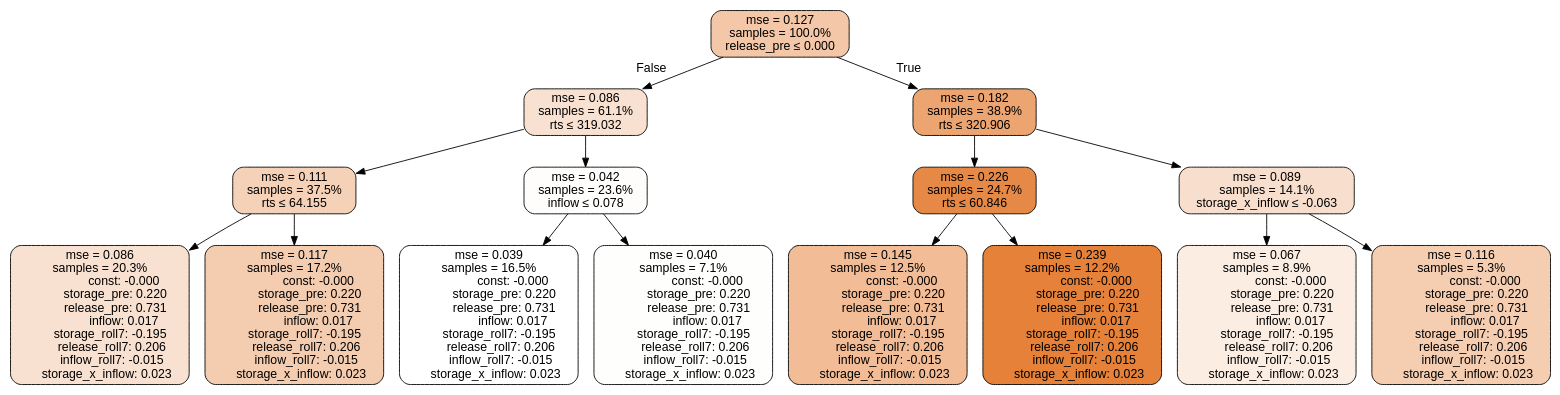
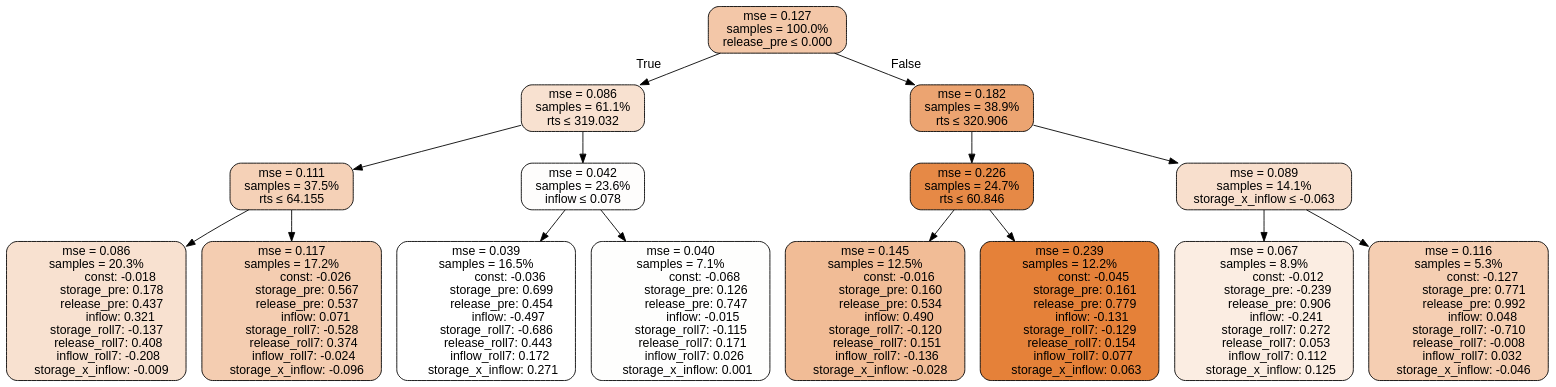
Before and after one commit to lcford2/predict-release: the diagram in results/tclr_spatial_eval/all/TD3_RT_MS_0.75_807/tree.dot, drawn with Graphviz. The commit also changed 1999 other files, not shown here.

```diff
--- a/results/tclr_spatial_eval/all/TD3_RT_MS_0.75_807/tree.dot
+++ b/results/tclr_spatial_eval/all/TD3_RT_MS_0.75_807/tree.dot
@@ -1,120 +1,121 @@
 digraph tree {
+bgcolor="transparent"
 node [shape=rectangle, style="filled, rounded", color="black", fontname=helvetica] ;
 edge [fontname=helvetica] ;
 	"0" [label="mse = 0.127
 samples = 100.0%
 release_pre &le; 0.000", fillcolor="#f3c7a8"]
 	"1" [label="mse = 0.086
 samples = 61.1%
 rts &le; 319.032", fillcolor="#f8e1d0"]
 	"2" [label="mse = 0.111
 samples = 37.5%
 rts &le; 64.155", fillcolor="#f5d1b7"]
 	"3" [label="mse = 0.086
 samples = 20.3%
-               const: -0.000
-          storage_pre: 0.220
-          release_pre: 0.731
-               inflow: 0.017
-       storage_roll7: -0.195
-        release_roll7: 0.206
-        inflow_roll7: -0.015
-     storage_x_inflow: 0.023", fillcolor="#f8e1d0"]
+               const: -0.018
+          storage_pre: 0.178
+          release_pre: 0.437
+               inflow: 0.321
+       storage_roll7: -0.137
+        release_roll7: 0.408
+        inflow_roll7: -0.208
+    storage_x_inflow: -0.009", fillcolor="#f8e1d0"]
 	"4" [label="mse = 0.117
 samples = 17.2%
-               const: -0.000
-          storage_pre: 0.220
-          release_pre: 0.731
-               inflow: 0.017
-       storage_roll7: -0.195
-        release_roll7: 0.206
-        inflow_roll7: -0.015
-     storage_x_inflow: 0.023", fillcolor="#f4cdb1"]
+               const: -0.026
+          storage_pre: 0.567
+          release_pre: 0.537
+               inflow: 0.071
+       storage_roll7: -0.528
+        release_roll7: 0.374
+        inflow_roll7: -0.024
+    storage_x_inflow: -0.096", fillcolor="#f4cdb1"]
 	"5" [label="mse = 0.042
 samples = 23.6%
 inflow &le; 0.078", fillcolor="#fefdfc"]
 	"6" [label="mse = 0.039
 samples = 16.5%
-               const: -0.000
-          storage_pre: 0.220
-          release_pre: 0.731
-               inflow: 0.017
-       storage_roll7: -0.195
-        release_roll7: 0.206
-        inflow_roll7: -0.015
-     storage_x_inflow: 0.023", fillcolor="#ffffff"]
+               const: -0.036
+          storage_pre: 0.699
+          release_pre: 0.454
+              inflow: -0.497
+       storage_roll7: -0.686
+        release_roll7: 0.443
+         inflow_roll7: 0.172
+     storage_x_inflow: 0.271", fillcolor="#ffffff"]
 	"7" [label="mse = 0.040
 samples = 7.1%
-               const: -0.000
-          storage_pre: 0.220
-          release_pre: 0.731
-               inflow: 0.017
-       storage_roll7: -0.195
-        release_roll7: 0.206
-        inflow_roll7: -0.015
-     storage_x_inflow: 0.023", fillcolor="#fefefd"]
+               const: -0.068
+          storage_pre: 0.126
+          release_pre: 0.747
+              inflow: -0.015
+       storage_roll7: -0.115
+        release_roll7: 0.171
+         inflow_roll7: 0.026
+     storage_x_inflow: 0.001", fillcolor="#fefefd"]
 	"8" [label="mse = 0.182
 samples = 38.9%
 rts &le; 320.906", fillcolor="#eca471"]
 	"9" [label="mse = 0.226
 samples = 24.7%
 rts &le; 60.846", fillcolor="#e68946"]
 	"10" [label="mse = 0.145
 samples = 12.5%
-               const: -0.000
-          storage_pre: 0.220
-          release_pre: 0.731
-               inflow: 0.017
-       storage_roll7: -0.195
-        release_roll7: 0.206
-        inflow_roll7: -0.015
-     storage_x_inflow: 0.023", fillcolor="#f1bc96"]
+               const: -0.016
+          storage_pre: 0.160
+          release_pre: 0.534
+               inflow: 0.490
+       storage_roll7: -0.120
+        release_roll7: 0.151
+        inflow_roll7: -0.136
+    storage_x_inflow: -0.028", fillcolor="#f1bc96"]
 	"11" [label="mse = 0.239
 samples = 12.2%
-               const: -0.000
-          storage_pre: 0.220
-          release_pre: 0.731
-               inflow: 0.017
-       storage_roll7: -0.195
-        release_roll7: 0.206
-        inflow_roll7: -0.015
-     storage_x_inflow: 0.023", fillcolor="#e58139"]
+               const: -0.045
+          storage_pre: 0.161
+          release_pre: 0.779
+              inflow: -0.131
+       storage_roll7: -0.129
+        release_roll7: 0.154
+         inflow_roll7: 0.077
+     storage_x_inflow: 0.063", fillcolor="#e58139"]
 	"12" [label="mse = 0.089
 samples = 14.1%
 storage_x_inflow &le; -0.063", fillcolor="#f8dfcd"]
 	"13" [label="mse = 0.067
 samples = 8.9%
-               const: -0.000
-          storage_pre: 0.220
-          release_pre: 0.731
-               inflow: 0.017
-       storage_roll7: -0.195
-        release_roll7: 0.206
-        inflow_roll7: -0.015
-     storage_x_inflow: 0.023", fillcolor="#fbede2"]
+               const: -0.012
+         storage_pre: -0.239
+          release_pre: 0.906
+              inflow: -0.241
+        storage_roll7: 0.272
+        release_roll7: 0.053
+         inflow_roll7: 0.112
+     storage_x_inflow: 0.125", fillcolor="#fbede2"]
 	"14" [label="mse = 0.116
 samples = 5.3%
-               const: -0.000
-          storage_pre: 0.220
-          release_pre: 0.731
-               inflow: 0.017
-       storage_roll7: -0.195
-        release_roll7: 0.206
-        inflow_roll7: -0.015
-     storage_x_inflow: 0.023", fillcolor="#f5ceb2"]
+               const: -0.127
+          storage_pre: 0.771
+          release_pre: 0.992
+               inflow: 0.048
+       storage_roll7: -0.710
+       release_roll7: -0.008
+         inflow_roll7: 0.032
+    storage_x_inflow: -0.046", fillcolor="#f5ceb2"]
 
-	"0" -> "1" [labeldistance=2.5, labelangle=45, headlabel="False"]
+	"0" -> "1" [labeldistance=2.5, labelangle=45, headlabel="True"]
 	"1" -> "2"
 	"2" -> "3"
 	"2" -> "4"
 	"1" -> "5"
 	"5" -> "6"
 	"5" -> "7"
-	"0" -> "8" [labeldistance=2.5, labelangle=-45, headlabel="True"]
+	"0" -> "8" [labeldistance=2.5, labelangle=-45, headlabel="False"]
 	"8" -> "9"
 	"9" -> "10"
 	"9" -> "11"
 	"8" -> "12"
 	"12" -> "13"
 	"12" -> "14"
 }
```
